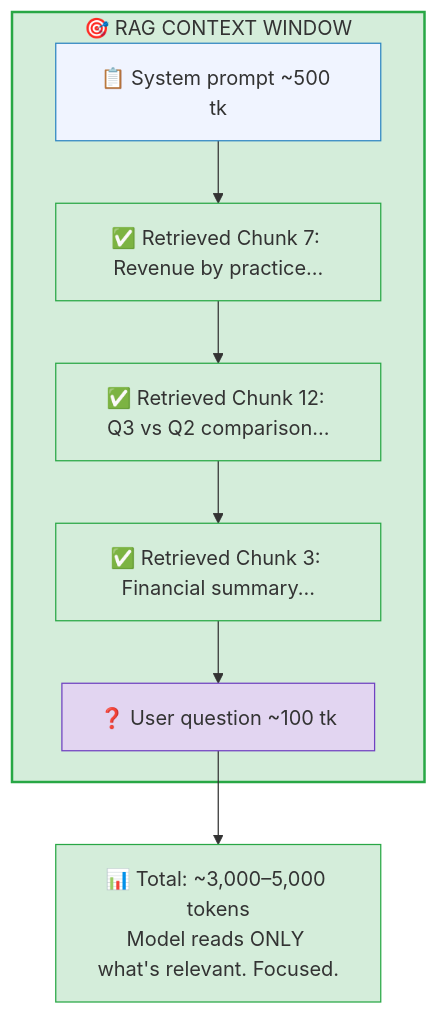
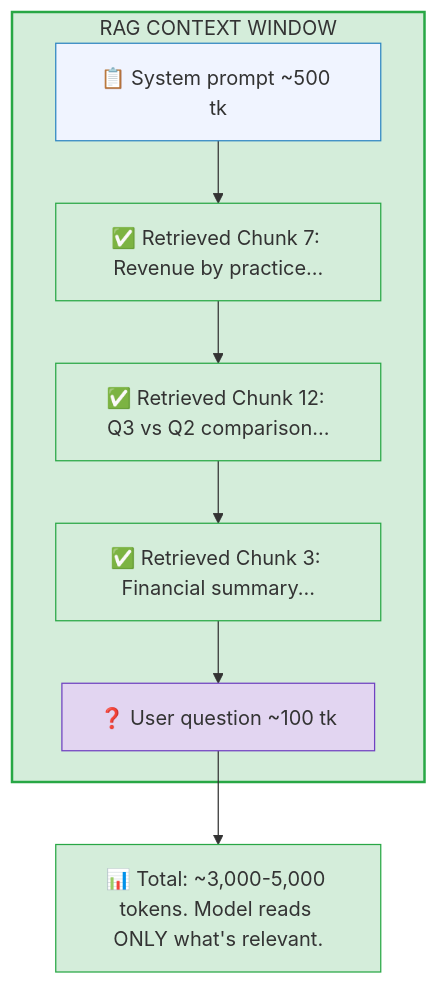
The second of 5 diagrams in docs/05-rag-vs-long-context.md (ithinktavo/GenAI-Engineering-Handbook), drawn with Mermaid before and after one commit. The commit also changed other lines of this file and 9 other files, not shown here.

First line of the commit message:
Fix Mermaid rendering: remove emoji from subgraph titles and unsupported syntax

````diff
--- a/docs/05-rag-vs-long-context.md
+++ b/docs/05-rag-vs-long-context.md
@@ -57,23 +57,23 @@
 ```mermaid
 graph TD
-    subgraph RAG["🎯 RAG CONTEXT WINDOW"]
+    subgraph RAG["RAG CONTEXT WINDOW"]
         S["📋 System prompt ~500 tk"]
         C7["✅ Retrieved Chunk 7: Revenue by practice..."]
         C12["✅ Retrieved Chunk 12: Q3 vs Q2 comparison..."]
         C3["✅ Retrieved Chunk 3: Financial summary..."]
         UQ["❓ User question ~100 tk"]
 
         S --> C7 --> C12 --> C3 --> UQ
     end
 
-    T["📊 Total: ~3,000–5,000 tokens\nModel reads ONLY what's relevant. Focused."]
+    T["📊 Total: ~3,000-5,000 tokens. Model reads ONLY what's relevant."]
     UQ --> T
 
     style RAG fill:#d4edda,stroke:#28a745,stroke-width:2px
     style S fill:#f0f4ff,stroke:#2E86C1
     style C7 fill:#d4edda,stroke:#28a745
     style C12 fill:#d4edda,stroke:#28a745
     style C3 fill:#d4edda,stroke:#28a745
     style UQ fill:#e2d5f1,stroke:#6f42c1
     style T fill:#d4edda,stroke:#28a745
 ```
````
